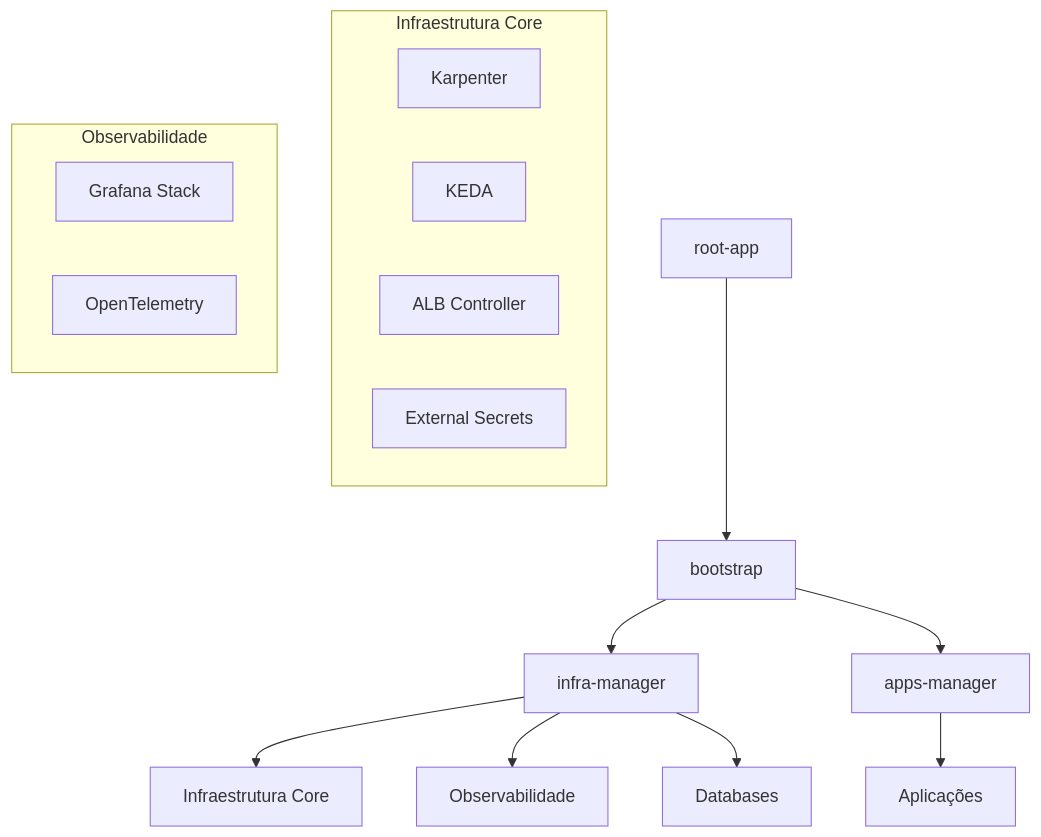
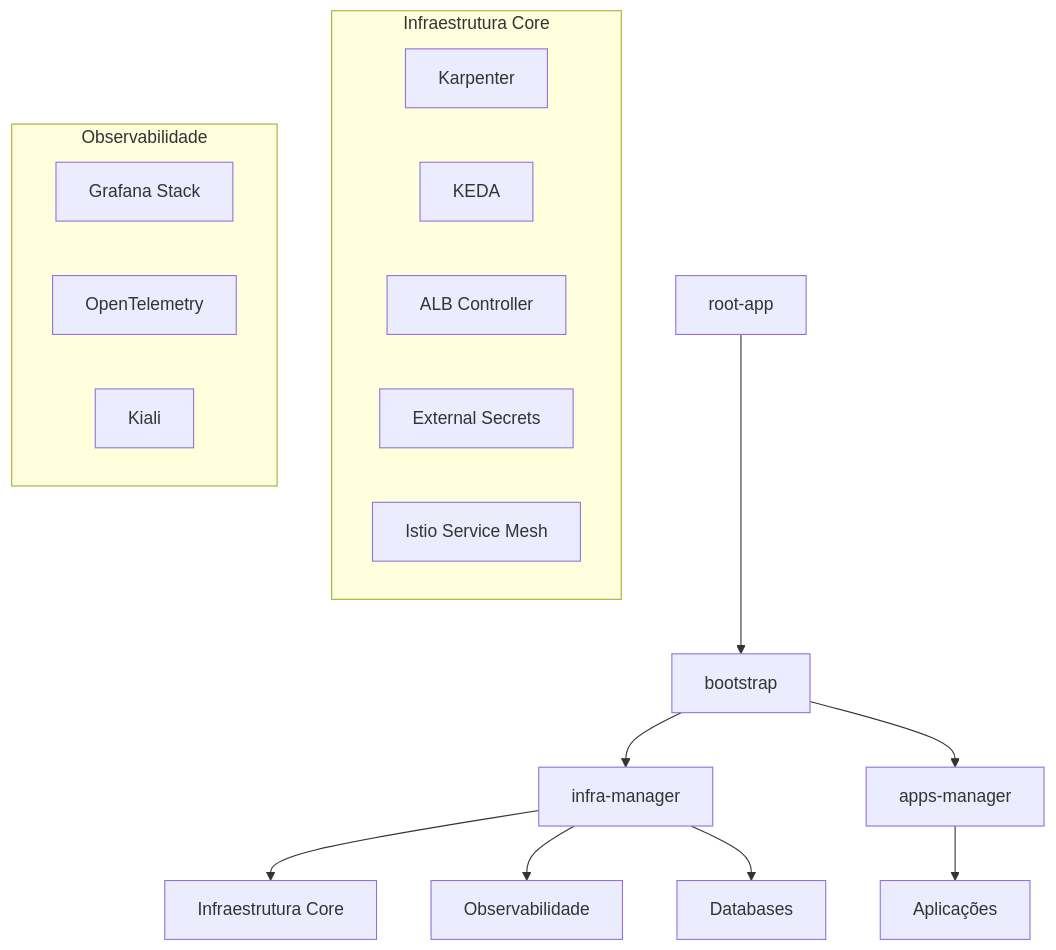
Before and after one commit to org-sam/infra-gitops: the diagram in README.md, drawn with Mermaid. The commit also changed other lines of this file, not shown here.

````diff
--- a/README.md
+++ b/README.md
@@ -18,18 +18,18 @@
 ```mermaid
 graph TD
     A[root-app] --> B[bootstrap]
     B --> C[infra-manager]
     B --> D[apps-manager]
     C --> E[Infraestrutura Core]
     C --> F[Observabilidade]
     C --> G[Databases]
     D --> H[Aplicações]
 
     subgraph "Infraestrutura Core"
-    E1[Karpenter] & E2[KEDA] & E3[ALB Controller] & E4[External Secrets]
+    E1[Karpenter] & E2[KEDA] & E3[ALB Controller] & E4[External Secrets] & E5[Istio Service Mesh]
     end
 
     subgraph "Observabilidade"
-    F1[Grafana Stack] & F2[OpenTelemetry]
+    F1[Grafana Stack] & F2[OpenTelemetry] & F3[Kiali]
     end
 ```
````
